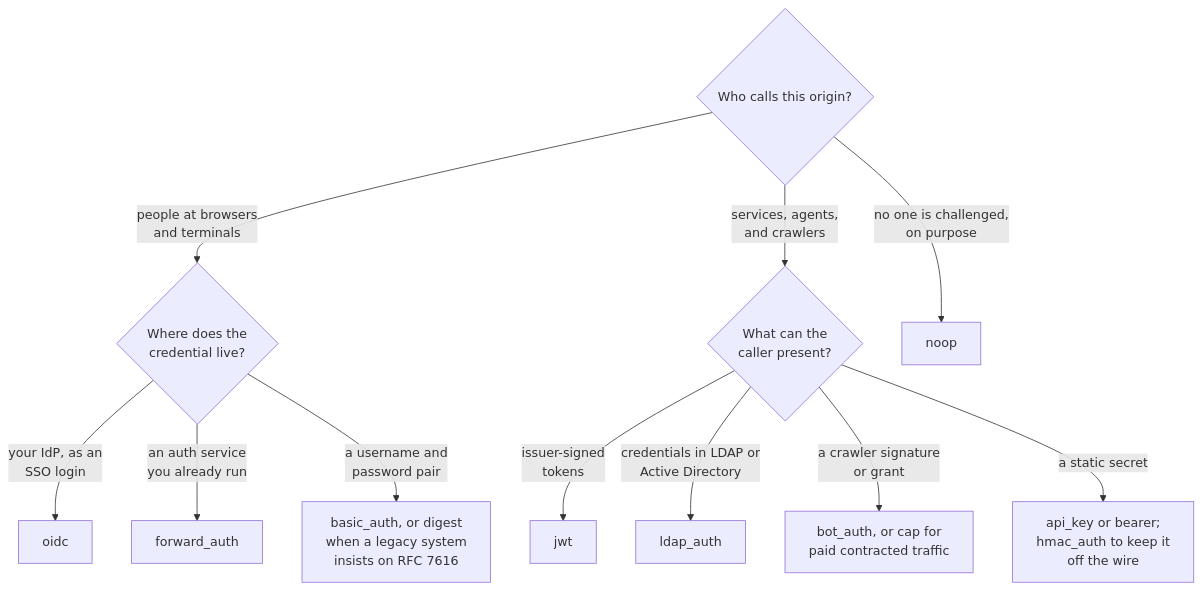
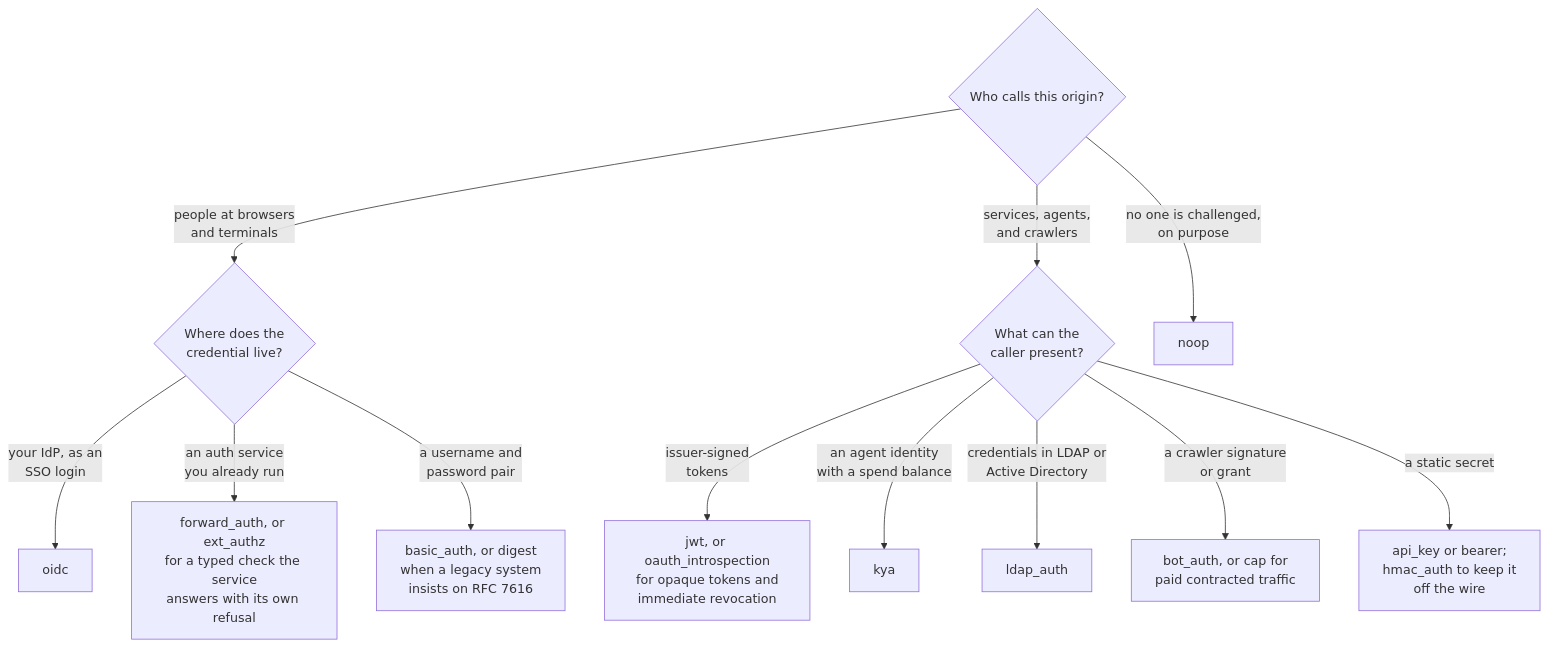
One commit to soapbucket/sbproxy changed the second of 3 diagrams in docs/authentication.md. Above: the diagram before and after it, drawn with Mermaid. The commit also changed other lines of this file and 29 other files, not shown here.

````diff
--- a/docs/authentication.md
+++ b/docs/authentication.md
@@ -59,13 +62,14 @@
 ```mermaid
 flowchart TD
     Q{"Who calls this origin?"} -->|"people at browsers\nand terminals"| P{"Where does the\ncredential live?"}
     Q -->|"services, agents,\nand crawlers"| M{"What can the\ncaller present?"}
     Q -->|"no one is challenged,\non purpose"| NOOP["noop"]
     P -->|"your IdP, as an\nSSO login"| OIDC["oidc"]
-    P -->|"an auth service\nyou already run"| FA["forward_auth"]
+    P -->|"an auth service\nyou already run"| FA["forward_auth, or ext_authz\nfor a typed check the service\nanswers with its own refusal"]
     P -->|"a username and\npassword pair"| PW["basic_auth, or digest\nwhen a legacy system\ninsists on RFC 7616"]
-    M -->|"issuer-signed\ntokens"| JWT["jwt"]
+    M -->|"issuer-signed\ntokens"| JWT["jwt, or oauth_introspection\nfor opaque tokens and\nimmediate revocation"]
+    M -->|"an agent identity\nwith a spend balance"| KYA["kya"]
     M -->|"credentials in LDAP or\nActive Directory"| LDAP["ldap_auth"]
     M -->|"a crawler signature\nor grant"| BOT["bot_auth, or cap for\npaid contracted traffic"]
     M -->|"a static secret"| KEY["api_key or bearer;\nhmac_auth to keep it\noff the wire"]
 ```
````
